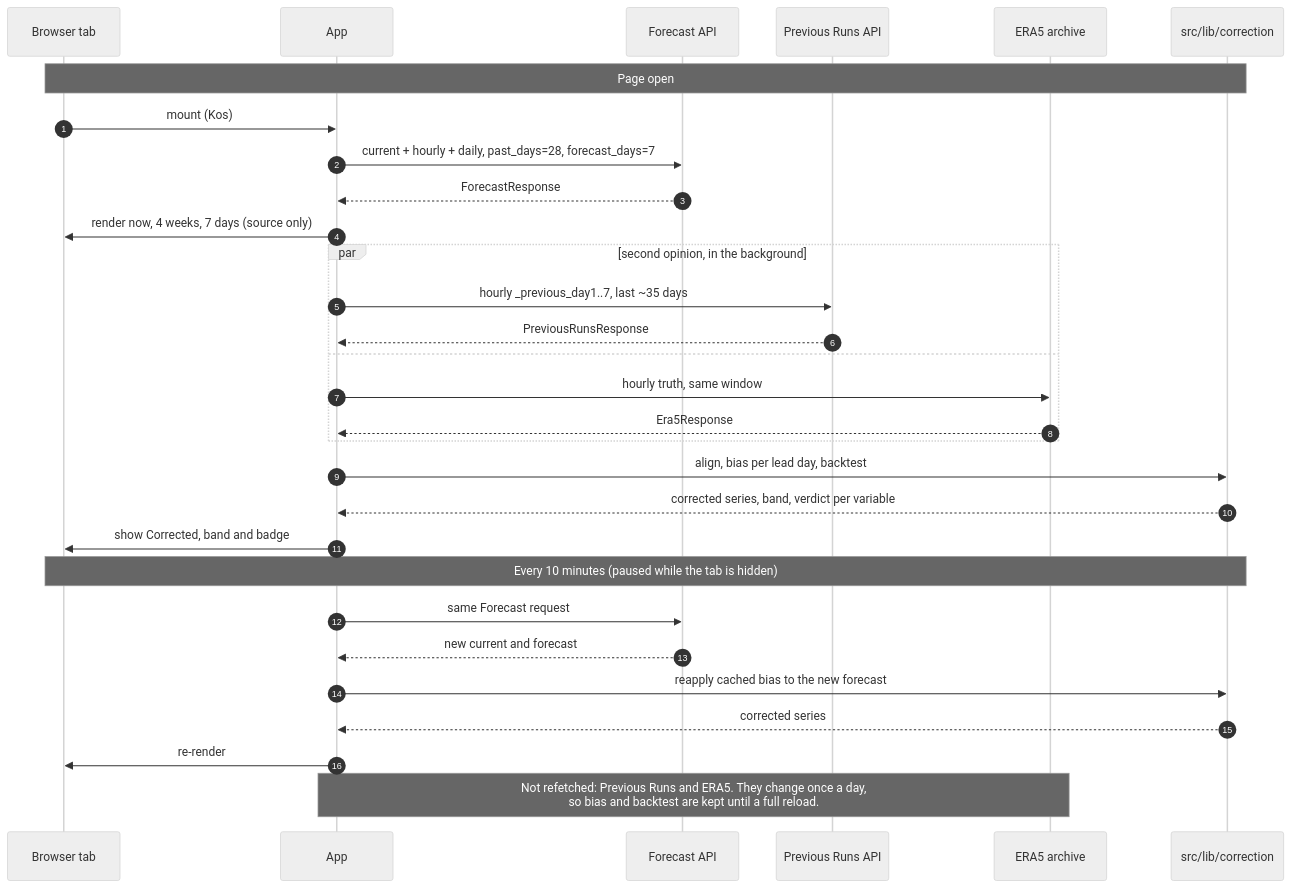
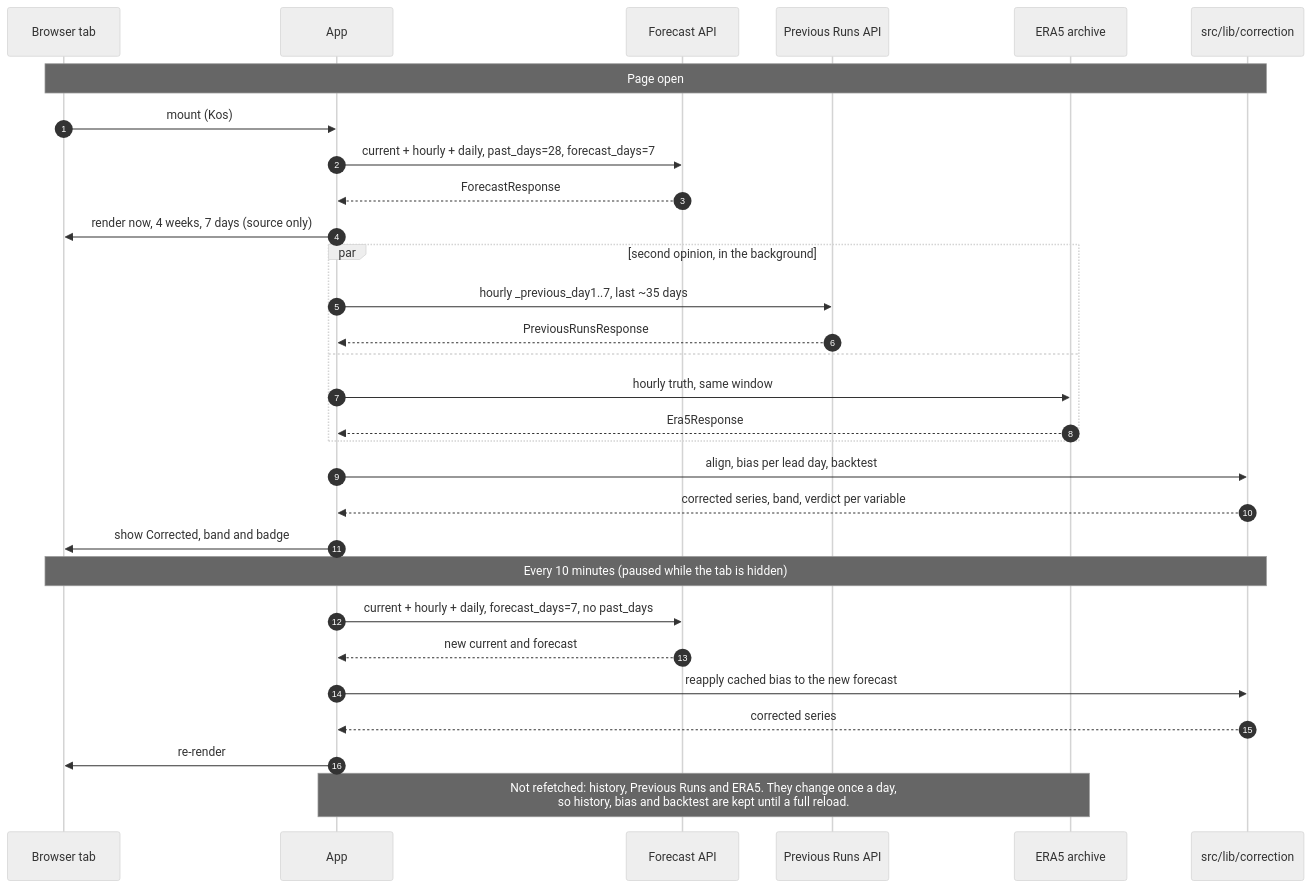
One commit to pikionis/Weather-Quick changed the second of 4 diagrams in docs/architecture.md. Above: the diagram before and after it, drawn with Mermaid (neutral theme). The commit also changed other lines of this file and 1 other file, not shown here.

First line of the commit message:
Docs: align the architecture with one agent, the data contract and measured numbers

````diff
--- a/docs/architecture.md
+++ b/docs/architecture.md
@@ -68,34 +68,34 @@
 ```mermaid
 sequenceDiagram
   autonumber
   participant U as Browser tab
   participant A as App
   participant F as Forecast API
   participant P as Previous Runs API
   participant E as ERA5 archive
   participant C as src/lib/correction
 
   Note over U,C: Page open
   U->>A: mount (Kos)
   A->>F: current + hourly + daily, past_days=28, forecast_days=7
   F-->>A: ForecastResponse
   A->>U: render now, 4 weeks, 7 days (source only)
   par second opinion, in the background
     A->>P: hourly _previous_day1..7, last ~35 days
     P-->>A: PreviousRunsResponse
   and
     A->>E: hourly truth, same window
     E-->>A: Era5Response
   end
   A->>C: align, bias per lead day, backtest
   C-->>A: corrected series, band, verdict per variable
   A->>U: show Corrected, band and badge
 
   Note over U,C: Every 10 minutes (paused while the tab is hidden)
-  A->>F: same Forecast request
+  A->>F: current + hourly + daily, forecast_days=7, no past_days
   F-->>A: new current and forecast
   A->>C: reapply cached bias to the new forecast
   C-->>A: corrected series
   A->>U: re-render
-  Note over A,E: Not refetched: Previous Runs and ERA5. They change once a day,<br/>so bias and backtest are kept until a full reload.
+  Note over A,E: Not refetched: history, Previous Runs and ERA5. They change once a day,<br/>so history, bias and backtest are kept until a full reload.
 ```
````
